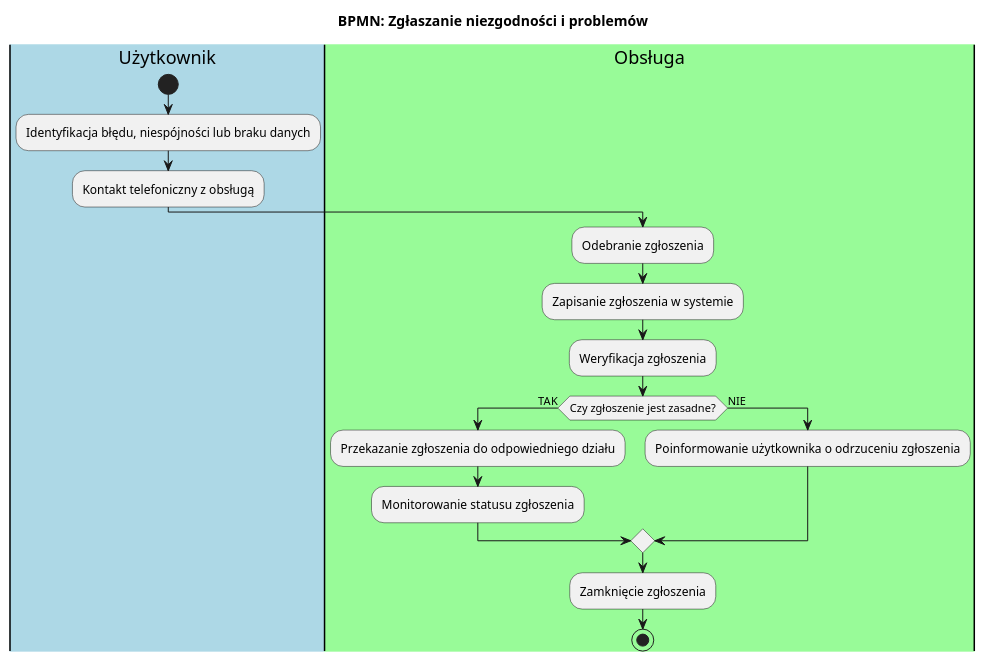
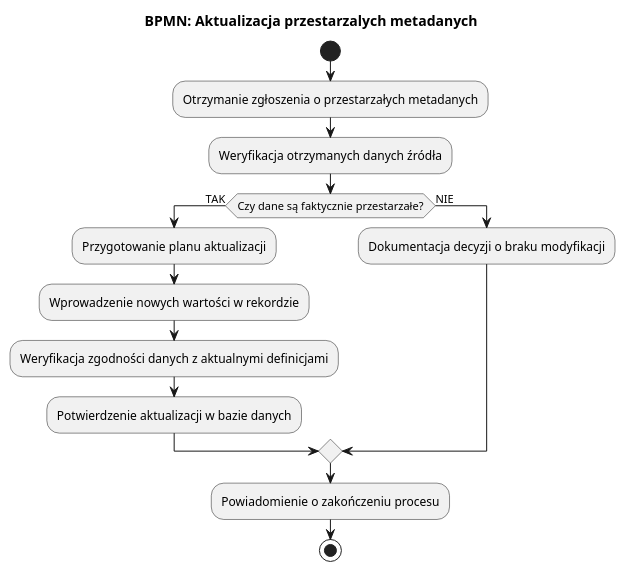
One commit to falkowp/IWO25L changed the diagram in dokumentacja/specyfikacja.wymagan/2.opis.biznesu/procesy.biznesowe/aktualne/A_PB0002.puml. Above: the diagram before and after it, drawn with PlantUML. The commit also changed 16 other files, not shown here.

```diff
--- a/dokumentacja/specyfikacja.wymagan/2.opis.biznesu/procesy.biznesowe/aktualne/A_PB0002.puml
+++ b/dokumentacja/specyfikacja.wymagan/2.opis.biznesu/procesy.biznesowe/aktualne/A_PB0002.puml
@@ -1,20 +1,18 @@
 @startuml
-title BPMN: Zgłaszanie niezgodności i problemów
+title BPMN: Aktualizacja przestarzalych metadanych
 
-|#lightblue|Użytkownik|
+|Administrator|
 start
-:Identyfikacja błędu, niespójności lub braku danych;
-:Kontakt telefoniczny z obsługą;
-|#palegreen|Obsługa|
-:Odebranie zgłoszenia;
-:Zapisanie zgłoszenia w systemie;
-:Weryfikacja zgłoszenia;
-if (Czy zgłoszenie jest zasadne?) then (TAK)
-:Przekazanie zgłoszenia do odpowiedniego działu;
-:Monitorowanie statusu zgłoszenia;
+:Otrzymanie zgłoszenia o przestarzałych metadanych;
+:Weryfikacja otrzymanych danych źródła;
+if (Czy dane są faktycznie przestarzałe?) then (TAK)
+  :Przygotowanie planu aktualizacji;
+  :Wprowadzenie nowych wartości w rekordzie;
+  :Weryfikacja zgodności danych z aktualnymi definicjami;
+  :Potwierdzenie aktualizacji w bazie danych;
 else (NIE)
-:Poinformowanie użytkownika o odrzuceniu zgłoszenia;
+  :Dokumentacja decyzji o braku modyfikacji;
 endif
-:Zamknięcie zgłoszenia;
+:Powiadomienie o zakończeniu procesu;
 stop
 @enduml
```
